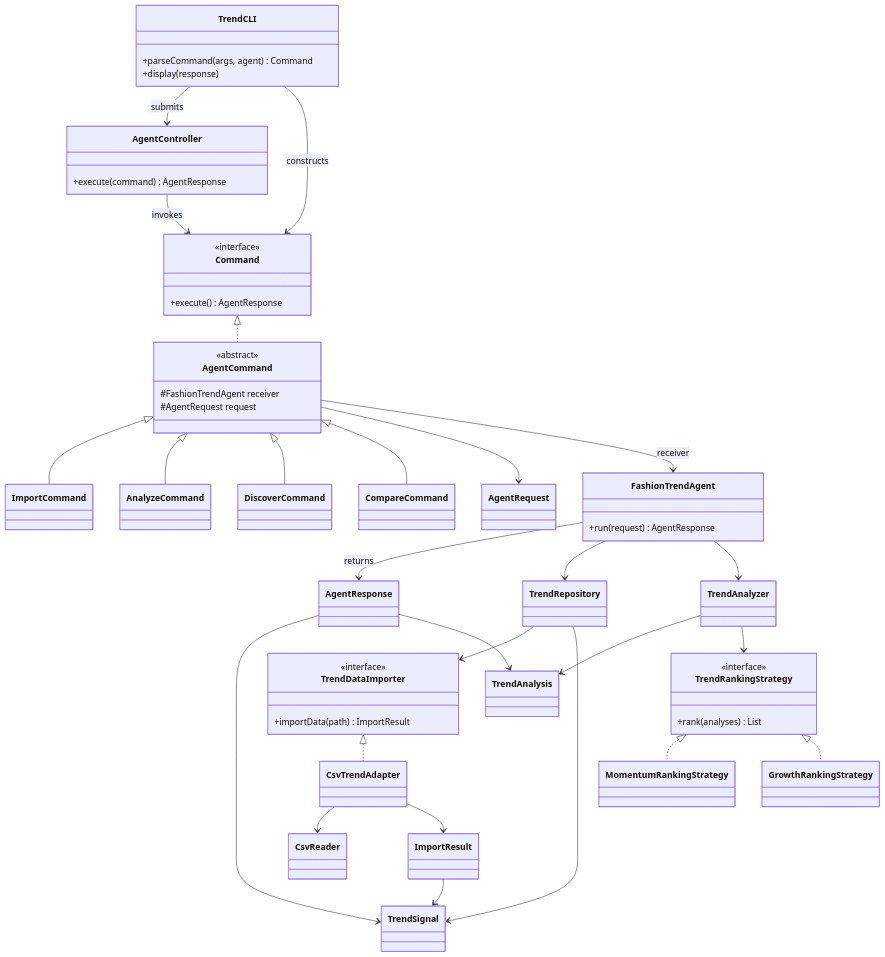
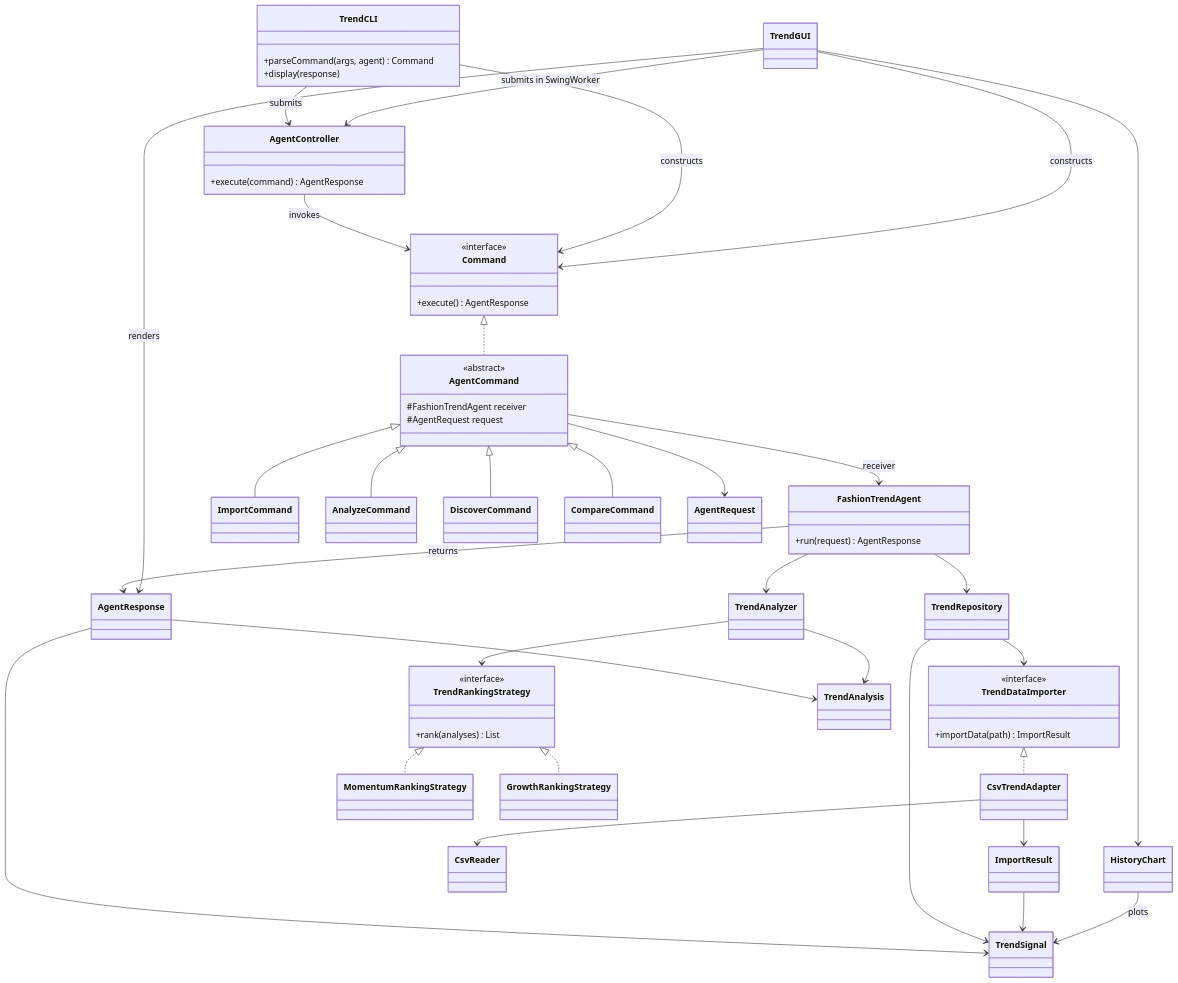
One commit to yunieyeonseolee/fashion-trend-agent-EECS-3311 changed the first of 2 diagrams in docs/architecture.md. Above: the diagram before and after it, drawn with Mermaid. The commit also changed other lines of this file and 9 other files, not shown here.

Commit message:
Add Swing GUI with shared workflows and trend history chart

````diff
--- a/docs/architecture.md
+++ b/docs/architecture.md
@@ -7,55 +7,60 @@
 ```mermaid
 classDiagram
     class TrendCLI {
         +parseCommand(args, agent) Command
         +display(response)
     }
     class AgentController {
         +execute(command) AgentResponse
     }
     class Command {
         <<interface>>
         +execute() AgentResponse
     }
     class AgentCommand {
         <<abstract>>
         #FashionTrendAgent receiver
         #AgentRequest request
     }
     class FashionTrendAgent {
         +run(request) AgentResponse
     }
     class TrendDataImporter {
         <<interface>>
         +importData(path) ImportResult
     }
     class TrendRankingStrategy {
         <<interface>>
         +rank(analyses) List
     }
+    TrendGUI --> AgentController : submits in SwingWorker
+    TrendGUI --> Command : constructs
+    TrendGUI --> AgentResponse : renders
+    TrendGUI --> HistoryChart
+    HistoryChart --> TrendSignal : plots
     TrendCLI --> AgentController : submits
     TrendCLI --> Command : constructs
     AgentController --> Command : invokes
     Command <|.. AgentCommand
     AgentCommand <|-- ImportCommand
     AgentCommand <|-- AnalyzeCommand
     AgentCommand <|-- DiscoverCommand
     AgentCommand <|-- CompareCommand
     AgentCommand --> AgentRequest
     AgentCommand --> FashionTrendAgent : receiver
     FashionTrendAgent --> AgentResponse : returns
     FashionTrendAgent --> TrendRepository
     FashionTrendAgent --> TrendAnalyzer
     TrendRepository --> TrendDataImporter
     TrendDataImporter <|.. CsvTrendAdapter
     CsvTrendAdapter --> CsvReader
     CsvTrendAdapter --> ImportResult
     ImportResult --> TrendSignal
     TrendRepository --> TrendSignal
     TrendAnalyzer --> TrendAnalysis
     TrendAnalyzer --> TrendRankingStrategy
     TrendRankingStrategy <|.. MomentumRankingStrategy
     TrendRankingStrategy <|.. GrowthRankingStrategy
     AgentResponse --> TrendSignal
     AgentResponse --> TrendAnalysis
 ```
````
